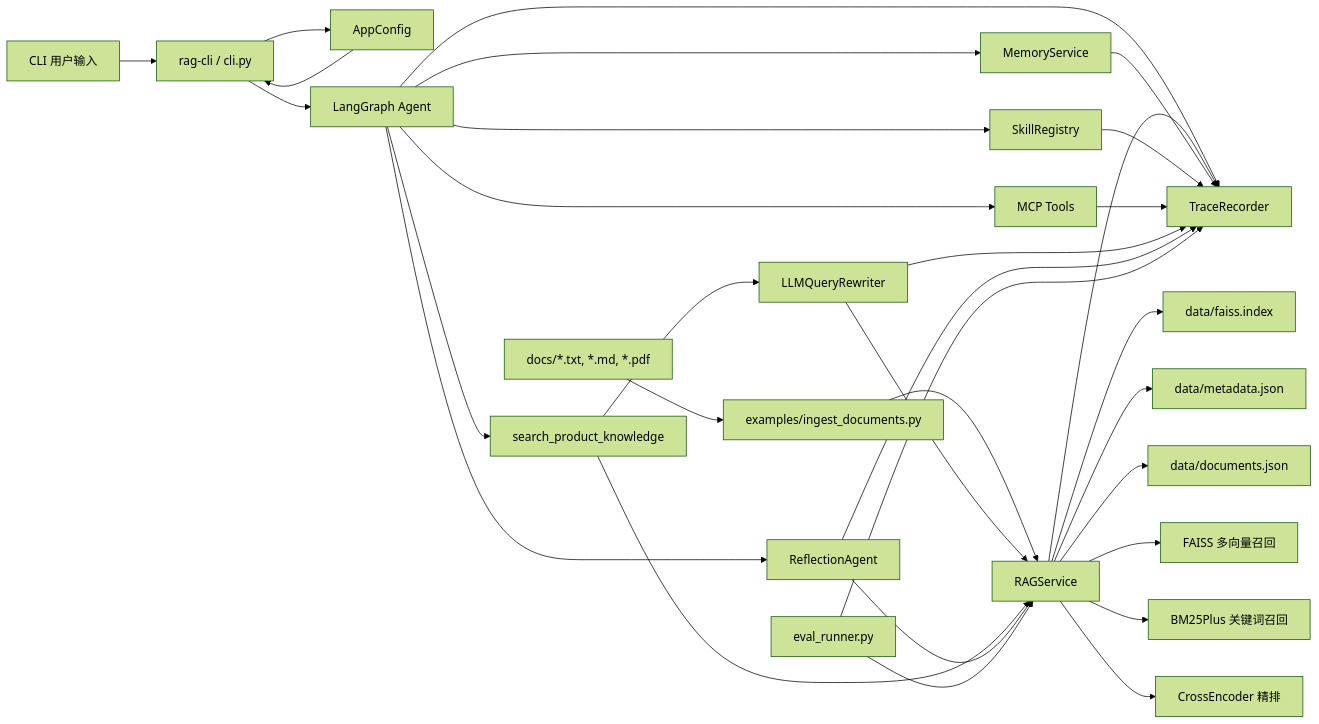
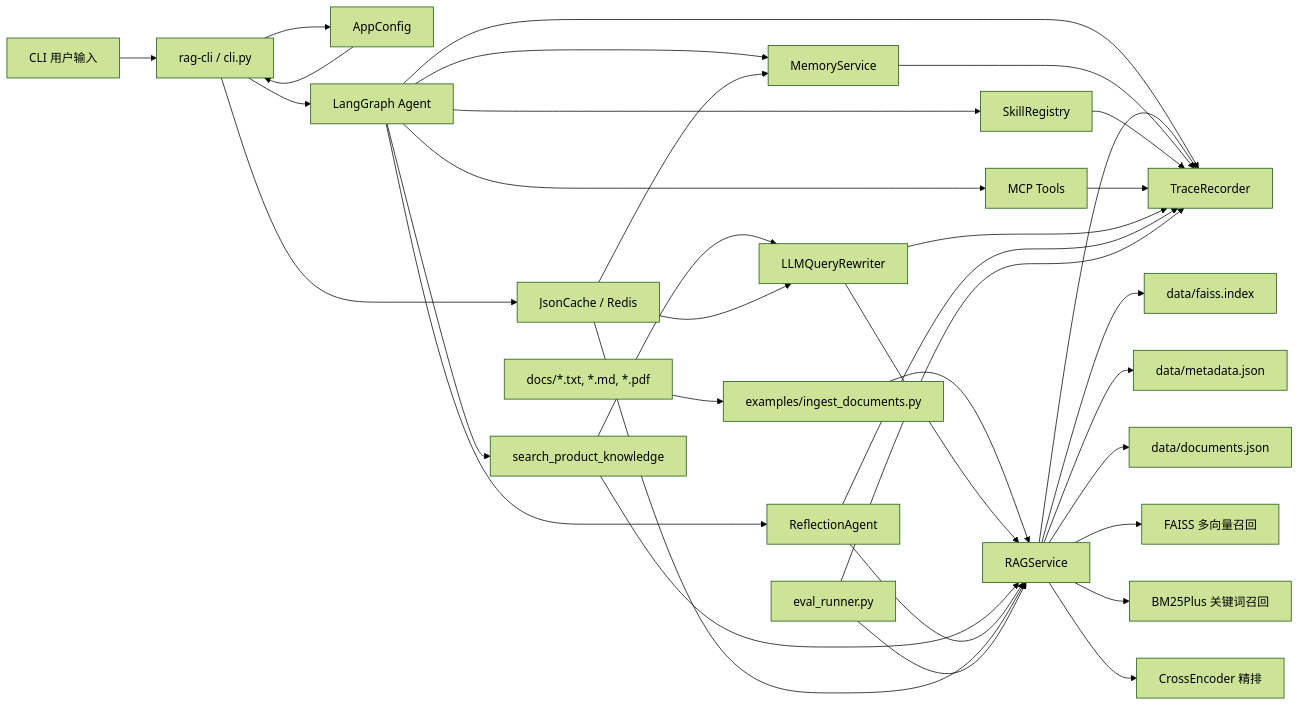
Before and after one commit to LinDifficulty/CustomerServiceAgent: the diagram in 项目技术文档.md, drawn with Mermaid (forest theme). The commit also changed other lines of this file and 2 other files, not shown here.

````diff
--- a/项目技术文档.md
+++ b/项目技术文档.md
@@ -66,39 +71,44 @@
 ```mermaid
 flowchart LR
     Docs["docs/*.txt, *.md, *.pdf"] --> Ingest["examples/ingest_documents.py"]
     Ingest --> RAG["RAGService"]
     RAG --> Faiss["data/faiss.index"]
     RAG --> Metadata["data/metadata.json"]
     RAG --> Manifest["data/documents.json"]
 
     User["CLI 用户输入"] --> CLI["rag-cli / cli.py"]
     CLI --> Config["AppConfig"]
     Config --> CLI
 
     CLI --> Agent["LangGraph Agent"]
     Agent --> Memory["MemoryService"]
     Agent --> Skill["SkillRegistry"]
     Agent --> MCP["MCP Tools"]
     Agent --> RetrievalTool["search_product_knowledge"]
 
     RetrievalTool --> Rewrite["LLMQueryRewriter"]
     Rewrite --> RAG
     RetrievalTool --> RAG
     RAG --> Vector["FAISS 多向量召回"]
     RAG --> BM25["BM25Plus 关键词召回"]
     RAG --> Rerank["CrossEncoder 精排"]
 
     Agent --> Reflection["ReflectionAgent"]
     Reflection --> RAG
 
+    CLI --> Cache["JsonCache / Redis"]
+    Cache --> RAG
+    Cache --> Rewrite
+    Cache --> Memory
+
     Agent --> Trace["TraceRecorder"]
     RAG --> Trace
     Memory --> Trace
     Skill --> Trace
     MCP --> Trace
     Rewrite --> Trace
     Reflection --> Trace
 
     Eval["eval_runner.py"] --> RAG
     Eval --> Trace
 ```
````
